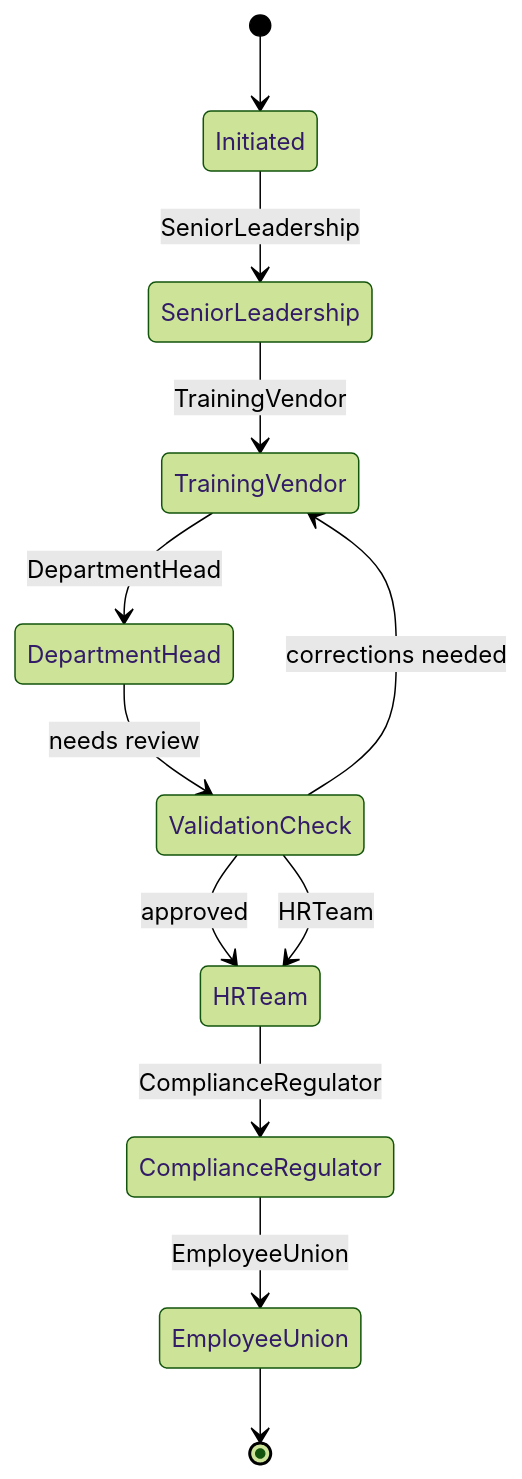
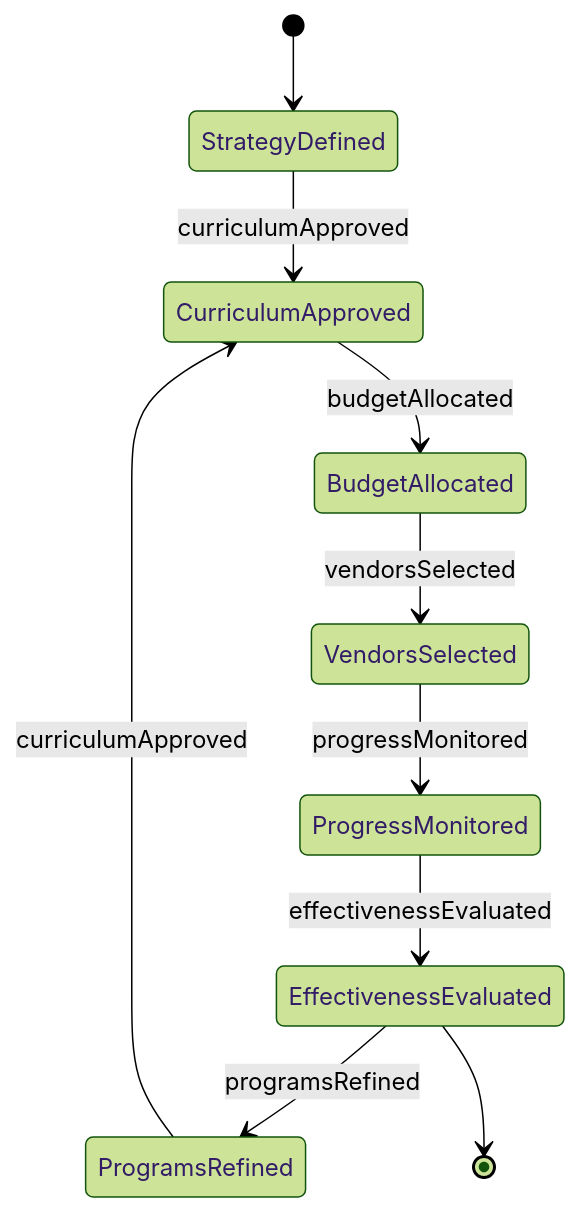
The second of 4 diagrams in GuidingDirectingAndMotivatingSubordinates/ManageHumanResourcesActivities/DirectEmployeeTrainingPrograms.mdx (dot-org-ai/tasks.org.ai), drawn with Mermaid (forest theme) before and after one commit. The commit also changed other lines of this file and 515 other files, not shown here.

````diff
--- a/GuidingDirectingAndMotivatingSubordinates/ManageHumanResourcesActivities/DirectEmployeeTrainingPrograms.mdx
+++ b/GuidingDirectingAndMotivatingSubordinates/ManageHumanResourcesActivities/DirectEmployeeTrainingPrograms.mdx
@@ -102,14 +101,12 @@
 ```mermaid
 stateDiagram-v2
-    [*] --> Initiated
-    Initiated --> SeniorLeadership: SeniorLeadership
-    SeniorLeadership --> TrainingVendor: TrainingVendor
-    TrainingVendor --> DepartmentHead: DepartmentHead
-    DepartmentHead --> ValidationCheck: needs review
-    ValidationCheck --> TrainingVendor: corrections needed
-    ValidationCheck --> HRTeam: approved
-    ValidationCheck --> HRTeam: HRTeam
-    HRTeam --> ComplianceRegulator: ComplianceRegulator
-    ComplianceRegulator --> EmployeeUnion: EmployeeUnion
-    EmployeeUnion --> [*]
+    [*] --> StrategyDefined
+    StrategyDefined --> CurriculumApproved : curriculumApproved
+    CurriculumApproved --> BudgetAllocated : budgetAllocated
+    BudgetAllocated --> VendorsSelected : vendorsSelected
+    VendorsSelected --> ProgressMonitored : progressMonitored
+    ProgressMonitored --> EffectivenessEvaluated : effectivenessEvaluated
+    EffectivenessEvaluated --> ProgramsRefined : programsRefined
+    ProgramsRefined --> CurriculumApproved : curriculumApproved
+    EffectivenessEvaluated --> [*]
 ```
````
